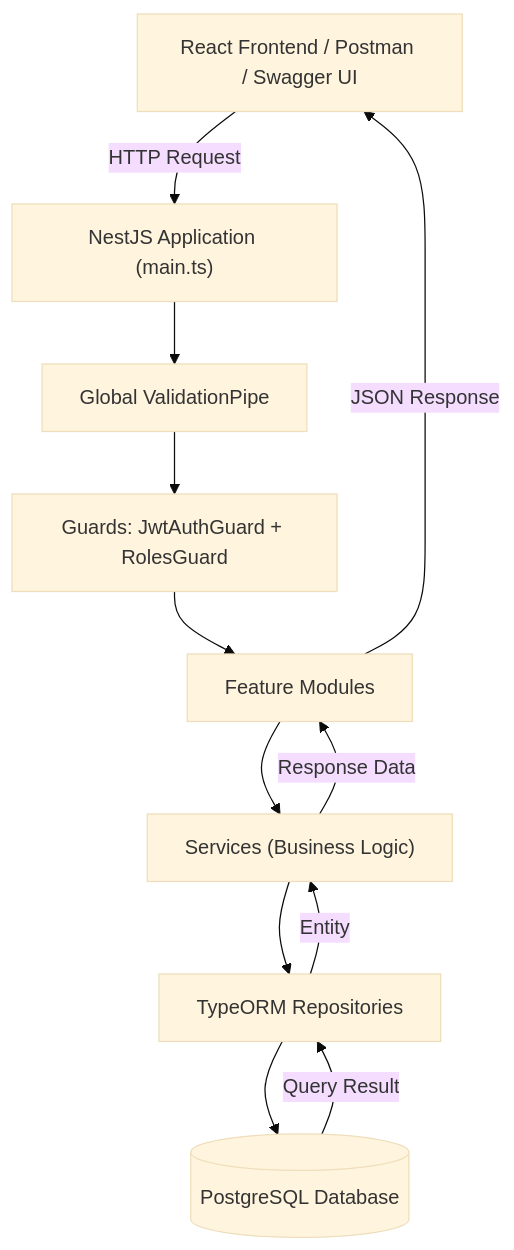
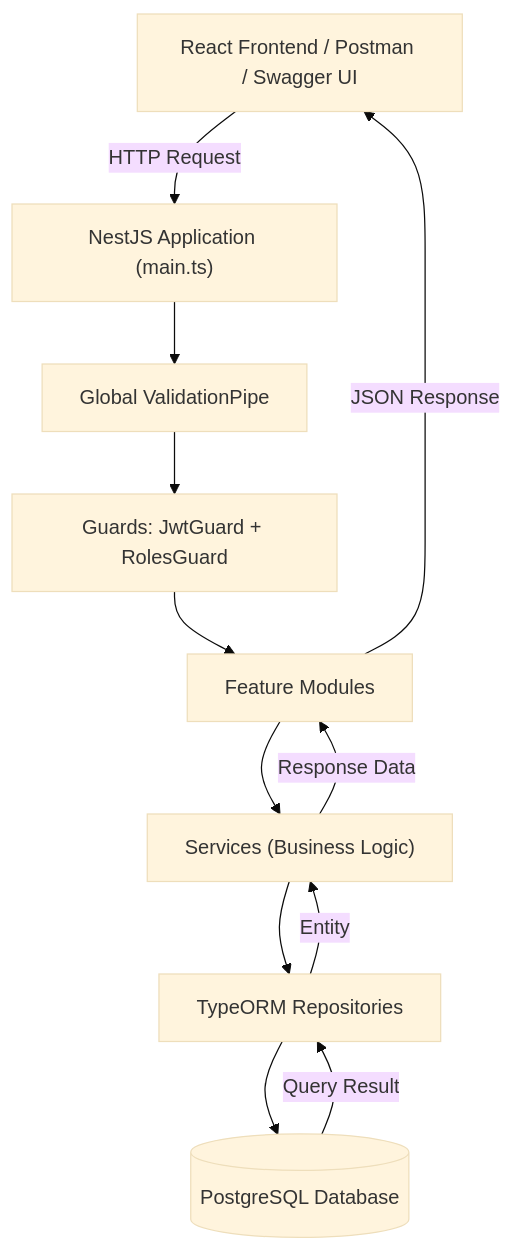
One commit to arafathossenapon/ChaBondhu changed the first of 5 diagrams in docs/architecture.md. Above: the diagram before and after it, drawn with Mermaid (base theme). The commit also changed other lines of this file and 1 other file, not shown here.

````diff
--- a/docs/architecture.md
+++ b/docs/architecture.md
@@ -59,23 +59,23 @@
 ```mermaid
 flowchart TD
     Client["React Frontend / Postman / Swagger UI"]
     NestApp["NestJS Application (main.ts)"]
     GlobalPipe["Global ValidationPipe"]
-    Guards["Guards: JwtAuthGuard + RolesGuard"]
+    Guards["Guards: JwtGuard + RolesGuard"]
     Modules["Feature Modules"]
     Services["Services (Business Logic)"]
     Repos["TypeORM Repositories"]
     DB[("PostgreSQL Database")]
 
     Client -->|HTTP Request| NestApp
     NestApp --> GlobalPipe
     GlobalPipe --> Guards
     Guards --> Modules
     Modules --> Services
     Services --> Repos
     Repos --> DB
     DB -->|Query Result| Repos
     Repos -->|Entity| Services
     Services -->|Response Data| Modules
     Modules -->|JSON Response| Client
 ```
````
